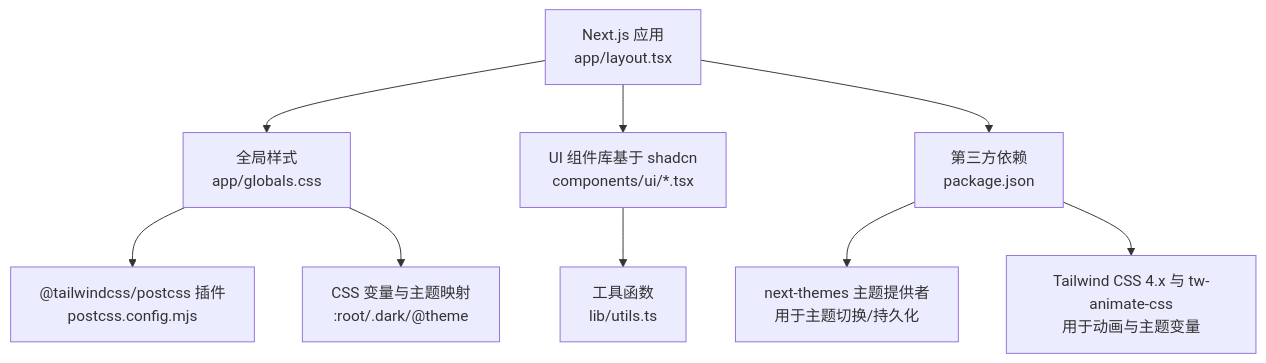
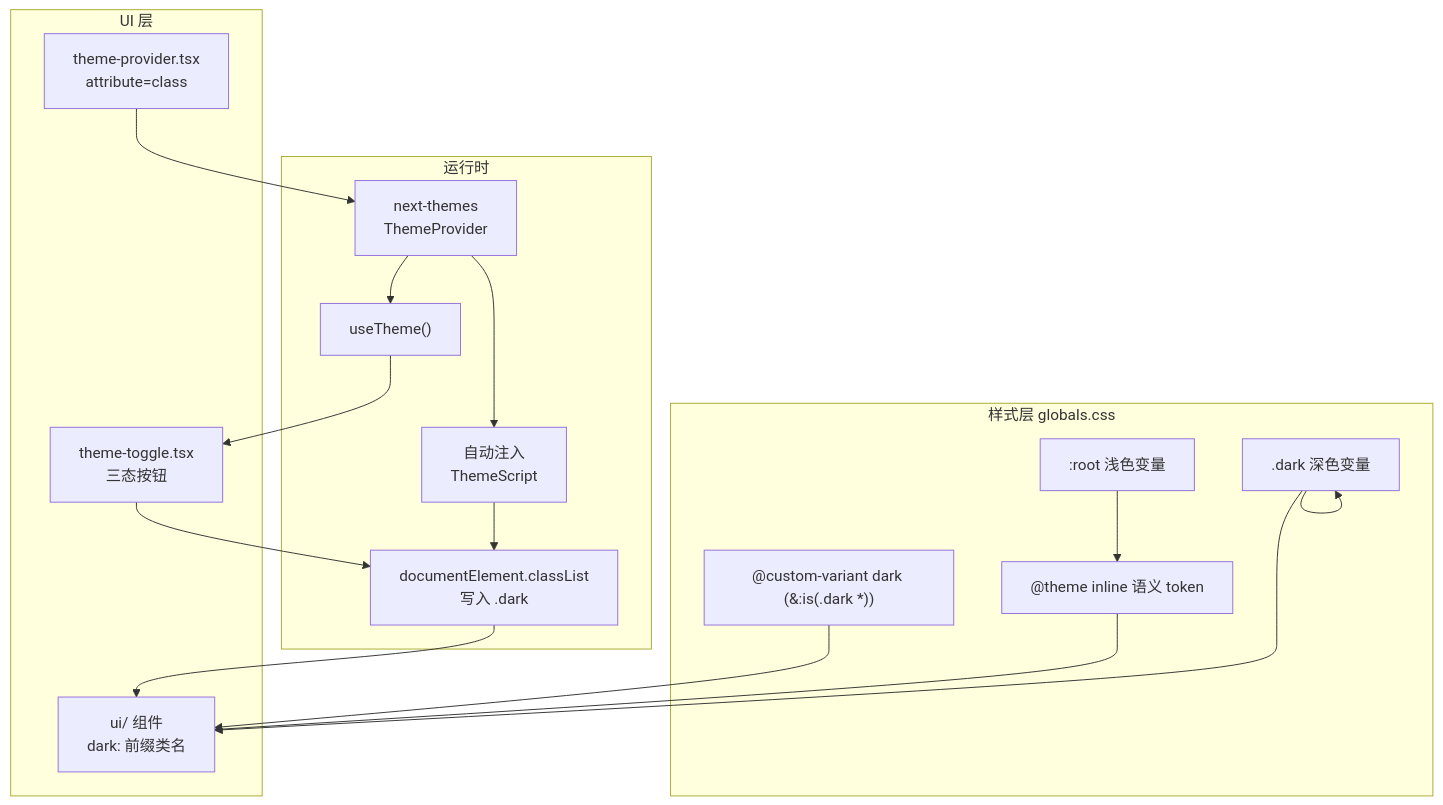
Before and after one commit to x01n/dnsplane: the first of 4 diagrams in docs/前端开发指南/响应式设计与主题.md, drawn with Mermaid. The commit also changed other lines of this file and 326 other files, not shown here.

````diff
--- a/docs/前端开发指南/响应式设计与主题.md
+++ b/docs/前端开发指南/响应式设计与主题.md
@@ -42,11 +97,32 @@
 ```mermaid
 graph TB
-A["Next.js 应用<br/>app/layout.tsx"] --> B["全局样式<br/>app/globals.css"]
-B --> C["@tailwindcss/postcss 插件<br/>postcss.config.mjs"]
-B --> D["CSS 变量与主题映射<br/>:root/.dark/@theme"]
-A --> E["UI 组件库基于 shadcn<br/>components/ui/*.tsx"]
-E --> F["工具函数<br/>lib/utils.ts"]
-A --> G["第三方依赖<br/>package.json"]
-G --> H["next-themes 主题提供者<br/>用于主题切换/持久化"]
-G --> I["Tailwind CSS 4.x 与 tw-animate-css<br/>用于动画与主题变量"]
+subgraph "样式层 globals.css"
+A1["@custom-variant dark (&:is(.dark *))"]
+A2["@theme inline 语义 token"]
+A3[":root 浅色变量"]
+A4[".dark 深色变量"]
+end
+subgraph "运行时"
+B1["next-themes<br/>ThemeProvider"]
+B2["自动注入<br/>ThemeScript"]
+B3["useTheme()"]
+B4["documentElement.classList<br/>写入 .dark"]
+end
+subgraph "UI 层"
+C1["theme-provider.tsx<br/>attribute=class"]
+C2["theme-toggle.tsx<br/>三态按钮"]
+C3["ui/ 组件<br/>dark: 前缀类名"]
+end
+A1 --> C3
+A2 --> C3
+A3 --> A2
+A4 --> A4
+A4 --> C3
+C1 --> B1
+B1 --> B2
+B2 --> B4
+B1 --> B3
+B3 --> C2
+C2 --> B4
+B4 --> C3
 ```
````
